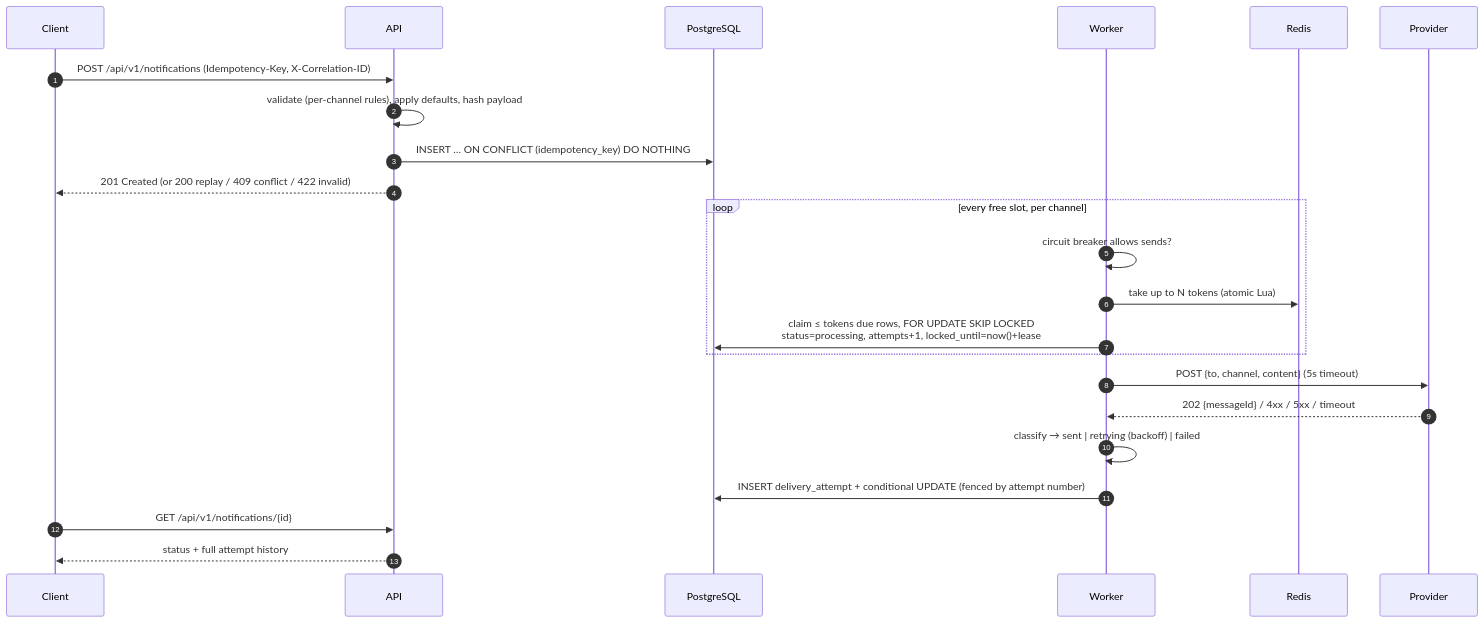
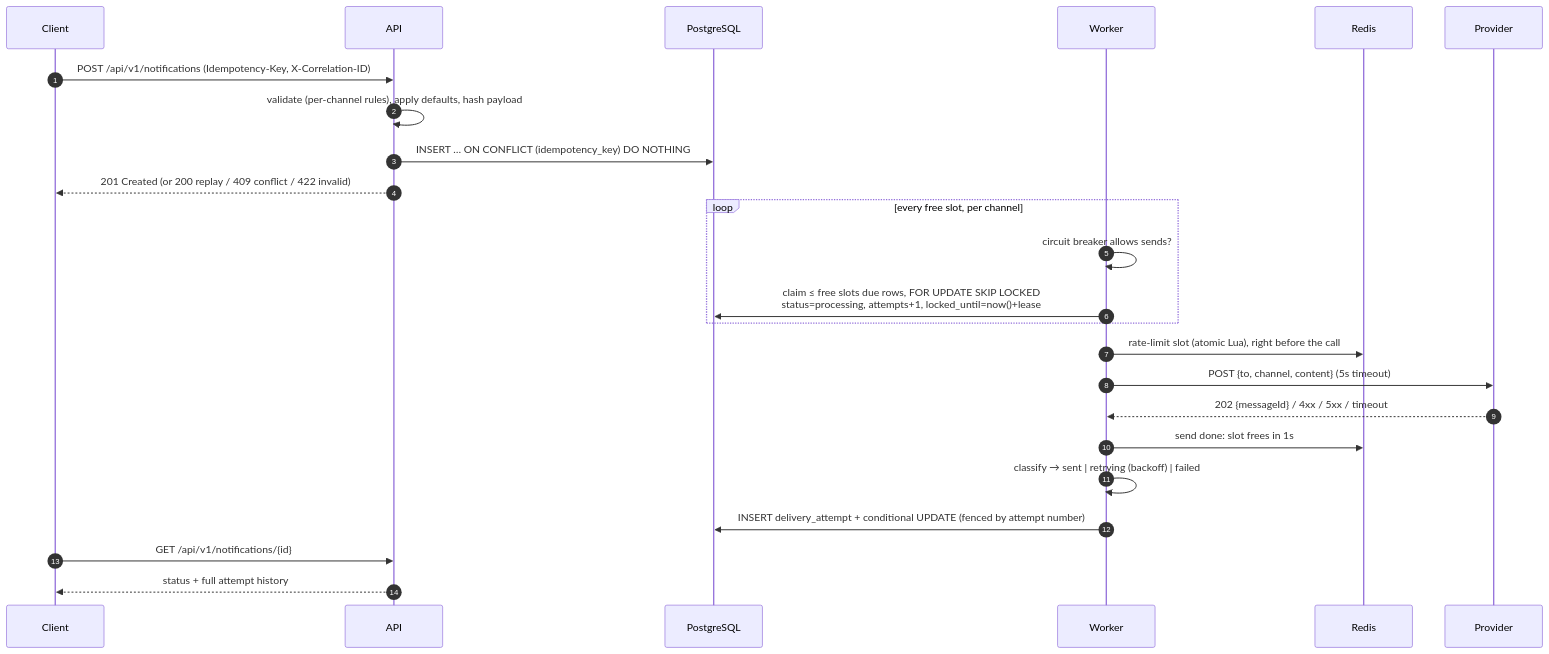
Before and after one commit to Chroex/insider-notification-service: the second of 3 diagrams in README.md, drawn with Mermaid. The commit also changed other lines of this file and 10 other files, not shown here.

````diff
--- a/README.md
+++ b/README.md
@@ -124,27 +124,28 @@
 ```mermaid
 sequenceDiagram
     autonumber
     participant C as Client
     participant A as API
     participant P as PostgreSQL
     participant W as Worker
     participant R as Redis
     participant X as Provider
 
     C->>A: POST /api/v1/notifications (Idempotency-Key, X-Correlation-ID)
     A->>A: validate (per-channel rules), apply defaults, hash payload
     A->>P: INSERT … ON CONFLICT (idempotency_key) DO NOTHING
     A-->>C: 201 Created (or 200 replay / 409 conflict / 422 invalid)
 
     loop every free slot, per channel
         W->>W: circuit breaker allows sends?
-        W->>R: take up to N tokens (atomic Lua)
-        W->>P: claim ≤ tokens due rows, FOR UPDATE SKIP LOCKED<br/>status=processing, attempts+1, locked_until=now()+lease
+        W->>P: claim ≤ free slots due rows, FOR UPDATE SKIP LOCKED<br/>status=processing, attempts+1, locked_until=now()+lease
     end
+    W->>R: rate-limit slot (atomic Lua), right before the call
     W->>X: POST {to, channel, content} (5s timeout)
     X-->>W: 202 {messageId} / 4xx / 5xx / timeout
+    W->>R: send done: slot frees in 1s
     W->>W: classify → sent | retrying (backoff) | failed
     W->>P: INSERT delivery_attempt + conditional UPDATE (fenced by attempt number)
     C->>A: GET /api/v1/notifications/{id}
     A-->>C: status + full attempt history
 ```
````
